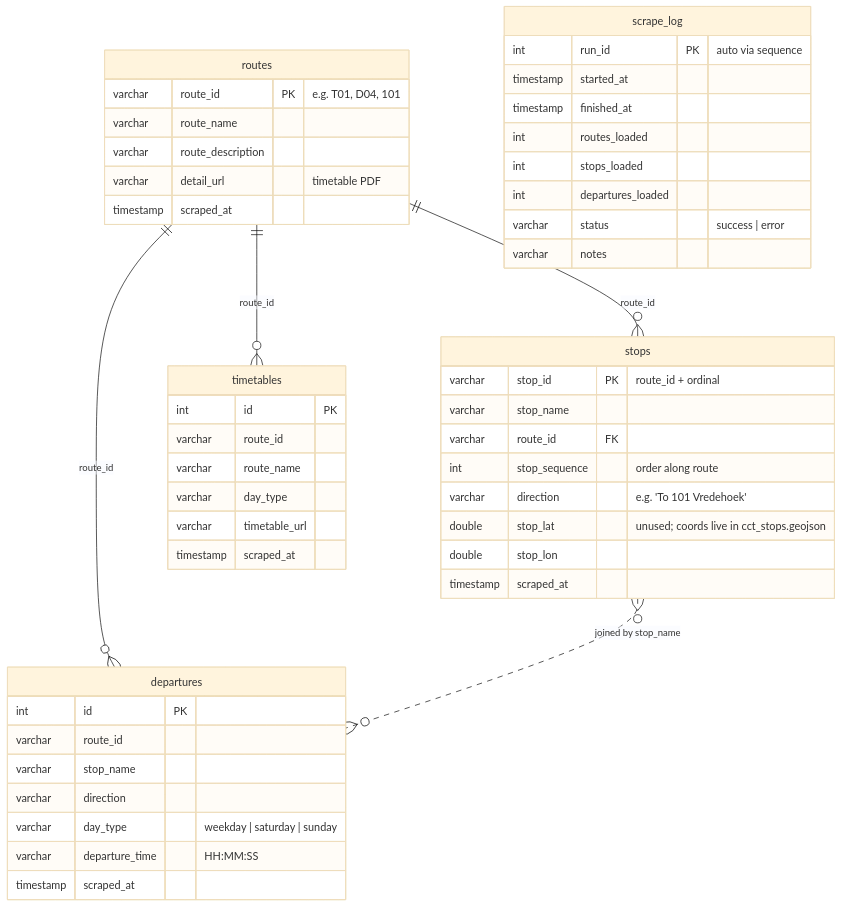
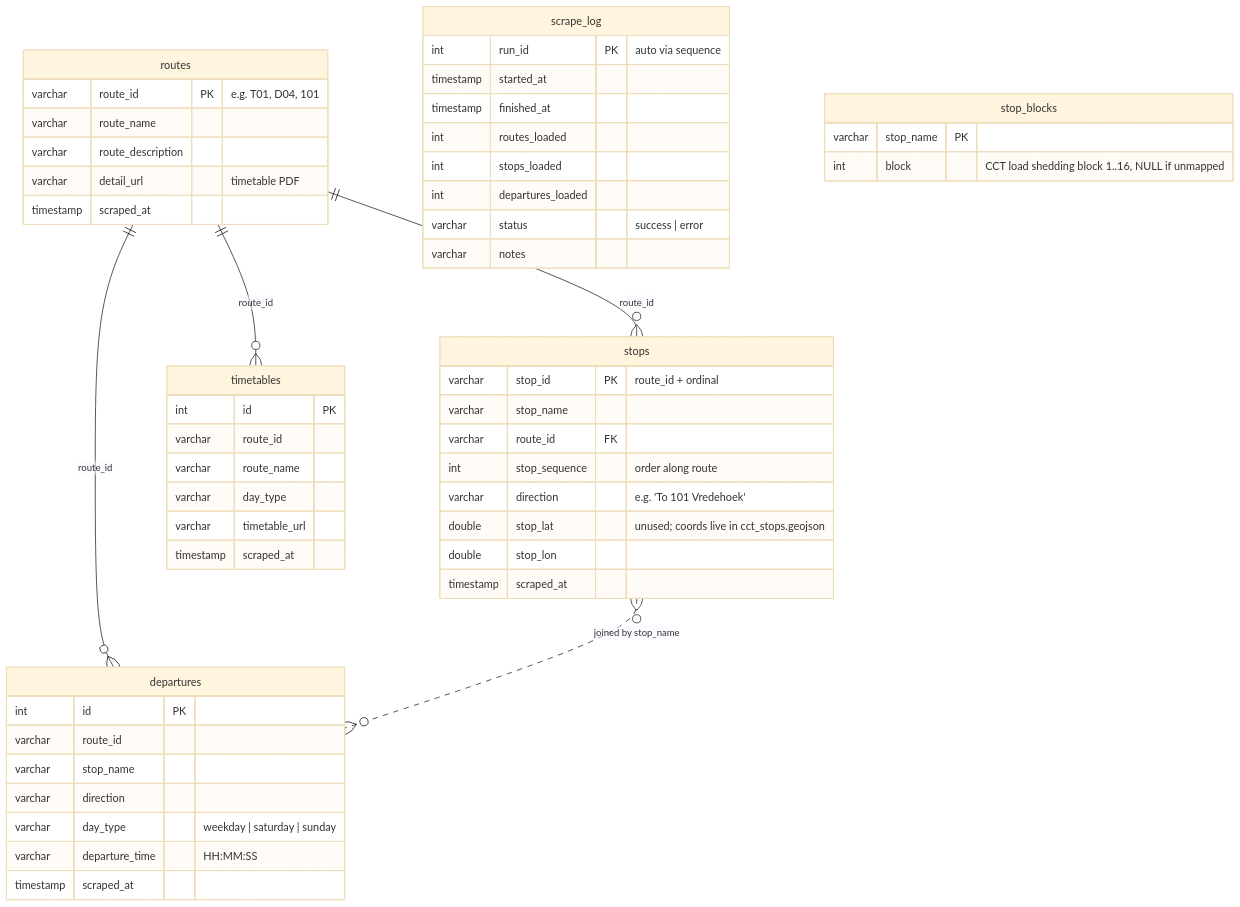
One commit to Vambane/mycity-bus-schedule changed the diagram in README.md. Above: the diagram before and after it, drawn with Mermaid (base theme). The commit also changed other lines of this file, not shown here.

First line of the commit message:
docs(readme): document stop block mapping step

````diff
--- a/README.md
+++ b/README.md
@@ -59,52 +59,56 @@
 ```mermaid
 erDiagram
     routes ||--o{ stops : "route_id"
     routes ||--o{ departures : "route_id"
     routes ||--o{ timetables : "route_id"
     stops }o..o{ departures : "joined by stop_name"
 
     routes {
         varchar route_id PK "e.g. T01, D04, 101"
         varchar route_name
         varchar route_description
         varchar detail_url "timetable PDF"
         timestamp scraped_at
     }
     stops {
         varchar stop_id PK "route_id + ordinal"
         varchar stop_name
         varchar route_id FK
         int stop_sequence "order along route"
         varchar direction "e.g. 'To 101 Vredehoek'"
         double stop_lat "unused; coords live in cct_stops.geojson"
         double stop_lon
         timestamp scraped_at
     }
     departures {
         int id PK
         varchar route_id
         varchar stop_name
         varchar direction
         varchar day_type "weekday | saturday | sunday"
         varchar departure_time "HH:MM:SS"
         timestamp scraped_at
     }
     timetables {
         int id PK
         varchar route_id
         varchar route_name
         varchar day_type
         varchar timetable_url
         timestamp scraped_at
     }
     scrape_log {
         int run_id PK "auto via sequence"
         timestamp started_at
         timestamp finished_at
         int routes_loaded
         int stops_loaded
         int departures_loaded
         varchar status "success | error"
         varchar notes
     }
+    stop_blocks {
+        varchar stop_name PK
+        int block "CCT load shedding block 1..16, NULL if unmapped"
+    }
 ```
````
